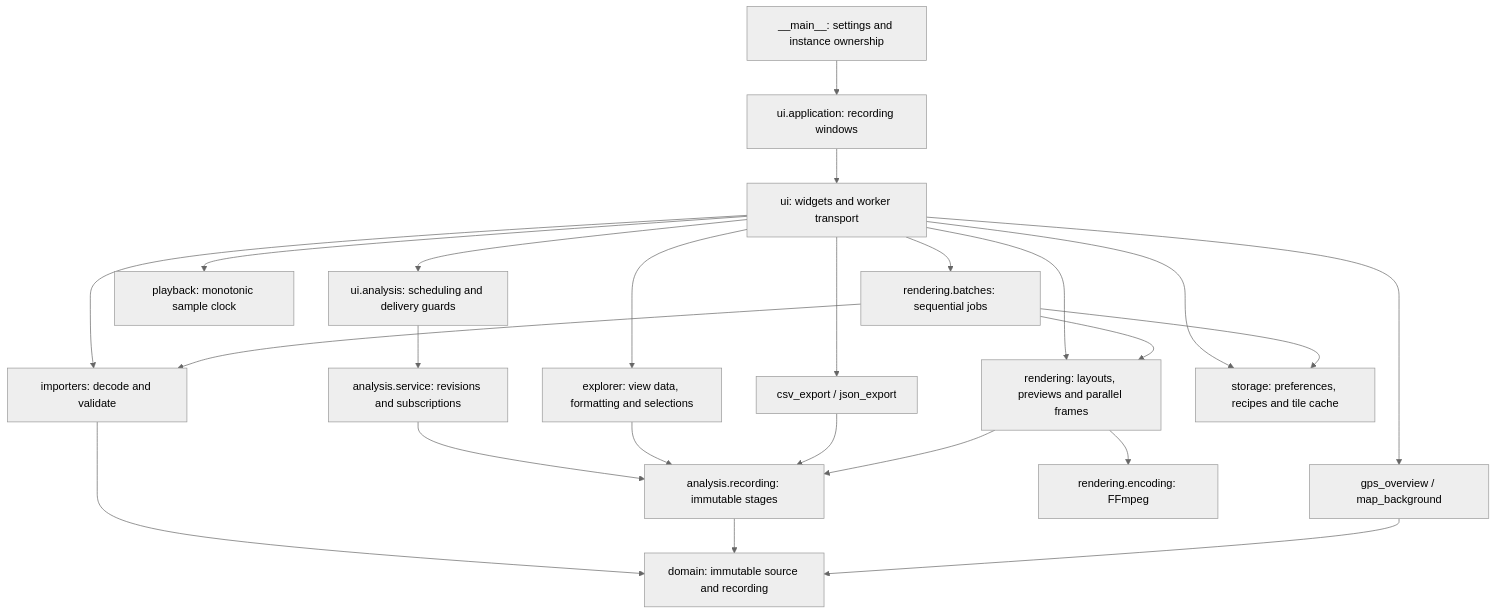
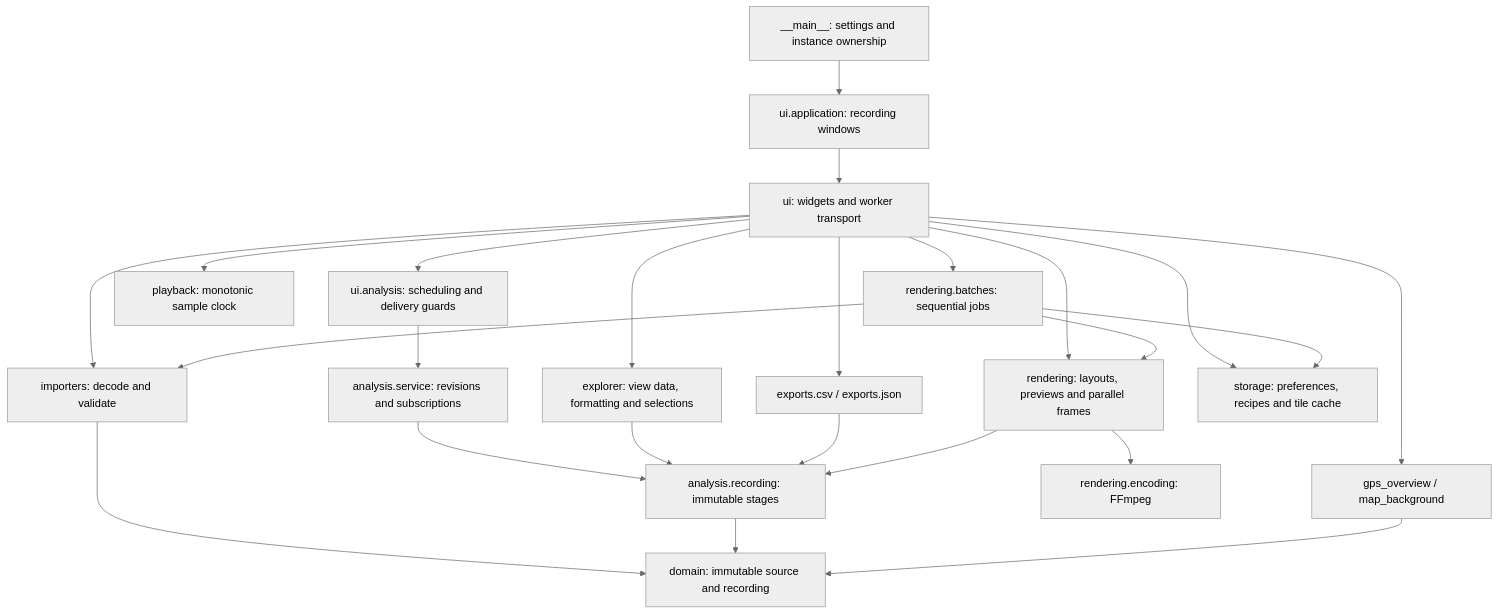
Before and after one commit to rudnerbjoern/ride-forces-analyzer: the diagram in docs/architecture/05_building_block_view.md, drawn with Mermaid (neutral theme). The commit also changed other lines of this file and 23 other files, not shown here.

````diff
--- a/docs/architecture/05_building_block_view.md
+++ b/docs/architecture/05_building_block_view.md
@@ -7,26 +7,26 @@
 ```mermaid
 flowchart TB
     Entry["__main__: settings and instance ownership"] --> Application["ui.application: recording windows"]
     Application --> UI["ui: widgets and worker transport"]
     UI --> Importer["importers: decode and validate"]
     Importer --> Domain["domain: immutable source and recording"]
     UI --> Controller["ui.analysis: scheduling and delivery guards"]
     Controller --> Service["analysis.service: revisions and subscriptions"]
     Service --> Analysis["analysis.recording: immutable stages"]
     Analysis --> Domain
     UI --> Presentation["explorer: view data, formatting and selections"]
     Presentation --> Analysis
     UI --> Playback["playback: monotonic sample clock"]
     UI --> GPS["gps_overview / map_background"]
     GPS --> Domain
-    UI --> Data["csv_export / json_export"]
+    UI --> Data["exports.csv / exports.json"]
     Data --> Analysis
     UI --> Rendering["rendering: layouts, previews and parallel frames"]
     Rendering --> Analysis
     Rendering --> Encoding["rendering.encoding: FFmpeg"]
     UI --> Batches["rendering.batches: sequential jobs"]
     Batches --> Importer
     Batches --> Rendering
     UI --> Storage["storage: preferences, recipes and tile cache"]
     Batches --> Storage
 ```
````
